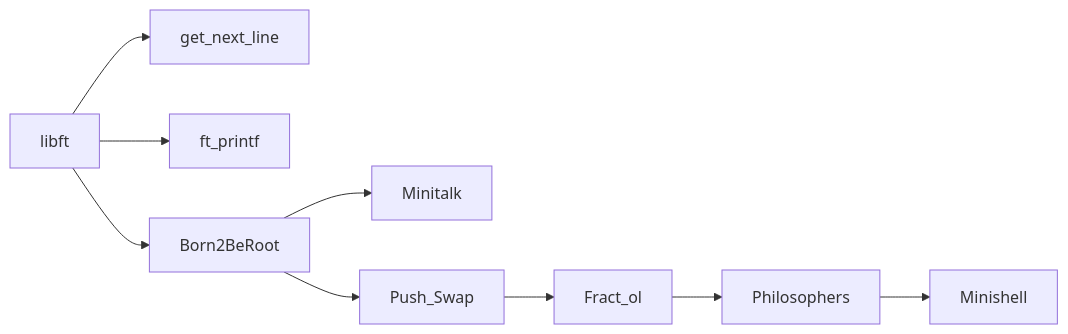
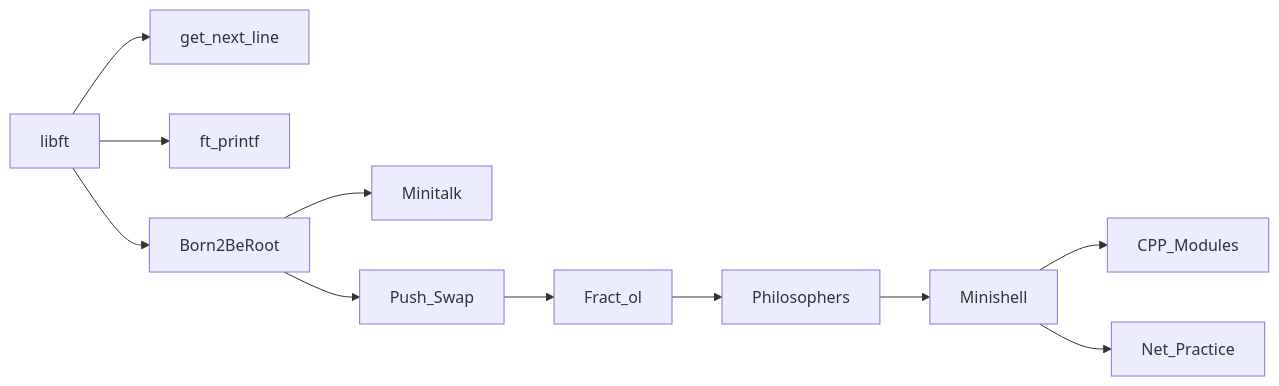
Before and after one commit to mota494/42-Common-Core: the diagram in README.md, drawn with Mermaid. The commit also changed other lines of this file, not shown here.

````diff
--- a/README.md
+++ b/README.md
@@ -13,11 +13,13 @@
 ```mermaid
 graph LR;
     libft-->get_next_line;
     libft-->ft_printf;
     libft-->Born2BeRoot;
     Born2BeRoot-->Minitalk;
     Born2BeRoot-->Push_Swap;
     Push_Swap-->Fract_ol;
     Fract_ol-->Philosophers;
-    Philosophers-->Minishell
+    Philosophers-->Minishell;
+    Minishell-->CPP_Modules
+    Minishell-->Net_Practice
 ```
````
